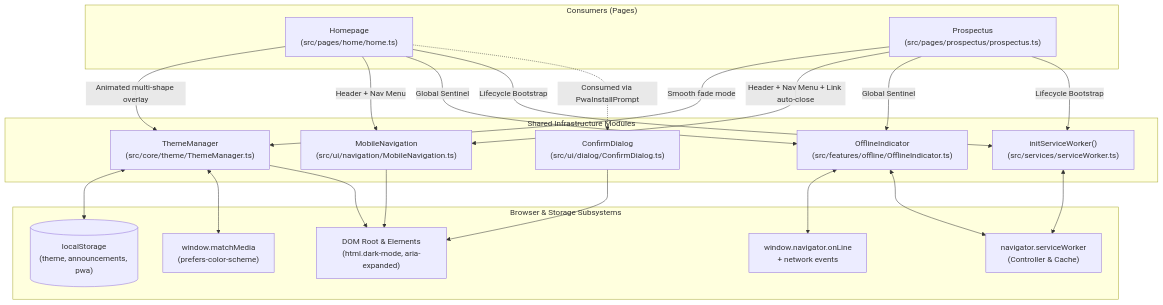
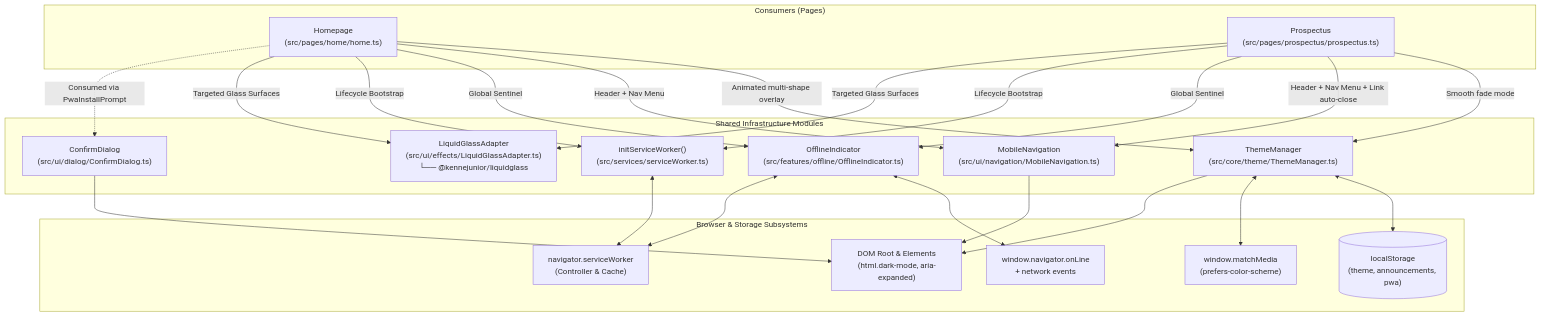
Before and after one commit to KenneJunior/st-joseph: the diagram in docs/diagrams/shared-infrastructure.mmd, drawn with Mermaid. The commit also changed 2 other files, not shown here.

Commit message:
docs(diagrams): update application and infrastructure diagrams
Reflect the homepage flow and shared infrastructure additions in the architecture diagrams.

```diff
--- a/docs/diagrams/shared-infrastructure.mmd
+++ b/docs/diagrams/shared-infrastructure.mmd
@@ -1,50 +1,54 @@
 %% ============================================================================
 %% SJCCC Shared Infrastructure Model
 %% Shows the shared modules, their internal state/storage dependencies,
 %% and the consumers that rely upon them.
 %% ============================================================================
 flowchart TD
     subgraph Consumers["Consumers (Pages)"]
         Home["Homepage<br/>(src/pages/home/home.ts)"]
         Prospectus["Prospectus<br/>(src/pages/prospectus/prospectus.ts)"]
     end
 
     subgraph SharedModules["Shared Infrastructure Modules"]
         TM["ThemeManager<br/>(src/core/theme/ThemeManager.ts)"]
         MN["MobileNavigation<br/>(src/ui/navigation/MobileNavigation.ts)"]
         OI["OfflineIndicator<br/>(src/features/offline/OfflineIndicator.ts)"]
         SW_Helper["initServiceWorker()<br/>(src/services/serviceWorker.ts)"]
         CD["ConfirmDialog<br/>(src/ui/dialog/ConfirmDialog.ts)"]
+        LGA["LiquidGlassAdapter<br/>(src/ui/effects/LiquidGlassAdapter.ts)<br/>└── @kennejunior/liquidglass"]
     end
 
     subgraph BrowserState["Browser & Storage Subsystems"]
         LS[("localStorage<br/>(theme, announcements, pwa)")]
         MQ["window.matchMedia<br/>(prefers-color-scheme)"]
         NET["window.navigator.onLine<br/>+ network events"]
         SW_API["navigator.serviceWorker<br/>(Controller & Cache)"]
         DOM["DOM Root & Elements<br/>(html.dark-mode, aria-expanded)"]
     end
 
     Home -->|"Animated multi-shape overlay"| TM
     Prospectus -->|"Smooth fade mode"| TM
 
     Home -->|"Header + Nav Menu"| MN
     Prospectus -->|"Header + Nav Menu + Link auto-close"| MN
 
     Home -->|"Global Sentinel"| OI
     Prospectus -->|"Global Sentinel"| OI
 
     Home -->|"Lifecycle Bootstrap"| SW_Helper
     Prospectus -->|"Lifecycle Bootstrap"| SW_Helper
 
+    Home -->|"Targeted Glass Surfaces"| LGA
+    Prospectus -->|"Targeted Glass Surfaces"| LGA
+
     Home -.->|Consumed via PwaInstallPrompt| CD
 
     TM <--> LS
     TM <--> MQ
     TM --> DOM
 
     MN --> DOM
     OI <--> NET
     OI <--> SW_API
     SW_Helper <--> SW_API
     CD --> DOM
```
